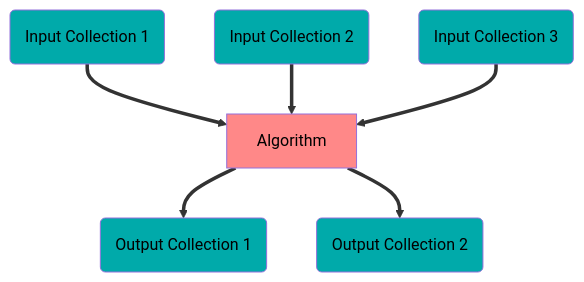
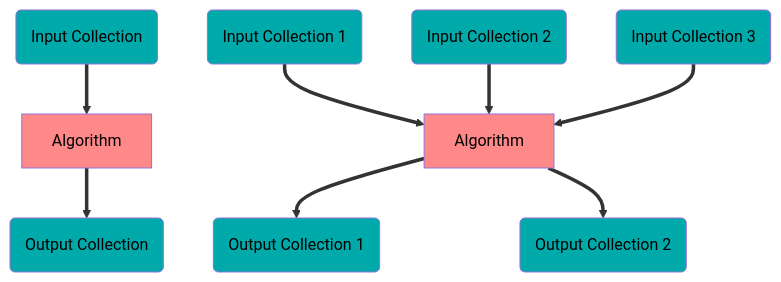
Before and after one commit to eic/drich-dev: the diagram in doc/tutorials/3-running-reconstruction.md, drawn with Mermaid.

Commit message:
modified:   doc/tutorials/3-running-reconstruction.md

````diff
--- a/doc/tutorials/3-running-reconstruction.md
+++ b/doc/tutorials/3-running-reconstruction.md
@@ -92,11 +92,12 @@
 ```mermaid
 flowchart TB
   classDef alg fill:#ff8888,color:black
   classDef col fill:#00aaaa,color:black
-  a[Algorithm]:::alg
-  i1(Input Collection 1):::col ==> a
-  i2(Input Collection 2):::col ==> a
-  i3(Input Collection 3):::col ==> a
-  a ==> o1(Output Collection 1):::col
-  a ==> o2(Output Collection 2):::col
+  i0(Input Collection):::col ==> a1[Algorithm]:::alg ==> o0(Output Collection):::col
+  a2[Algorithm]:::alg
+  i1(Input Collection 1):::col ==> a2
+  i2(Input Collection 2):::col ==> a2
+  i3(Input Collection 3):::col ==> a2
+  a2 ==> o1(Output Collection 1):::col
+  a2 ==> o2(Output Collection 2):::col
 ```
````
